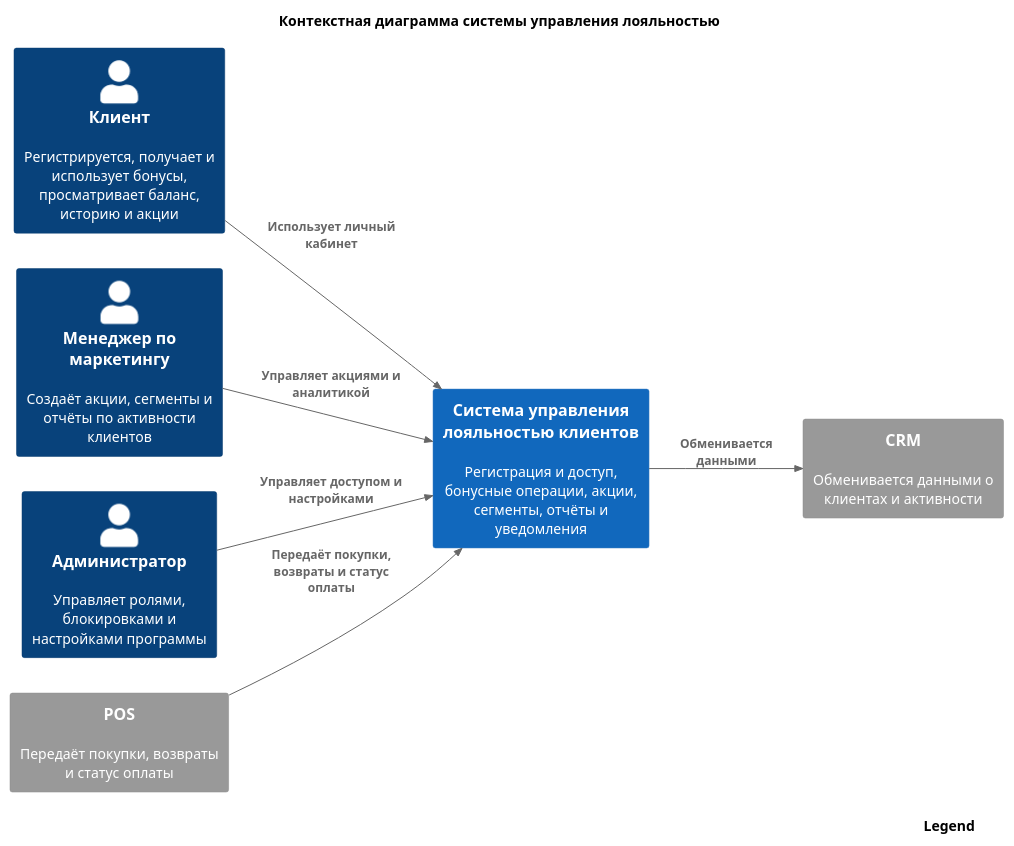
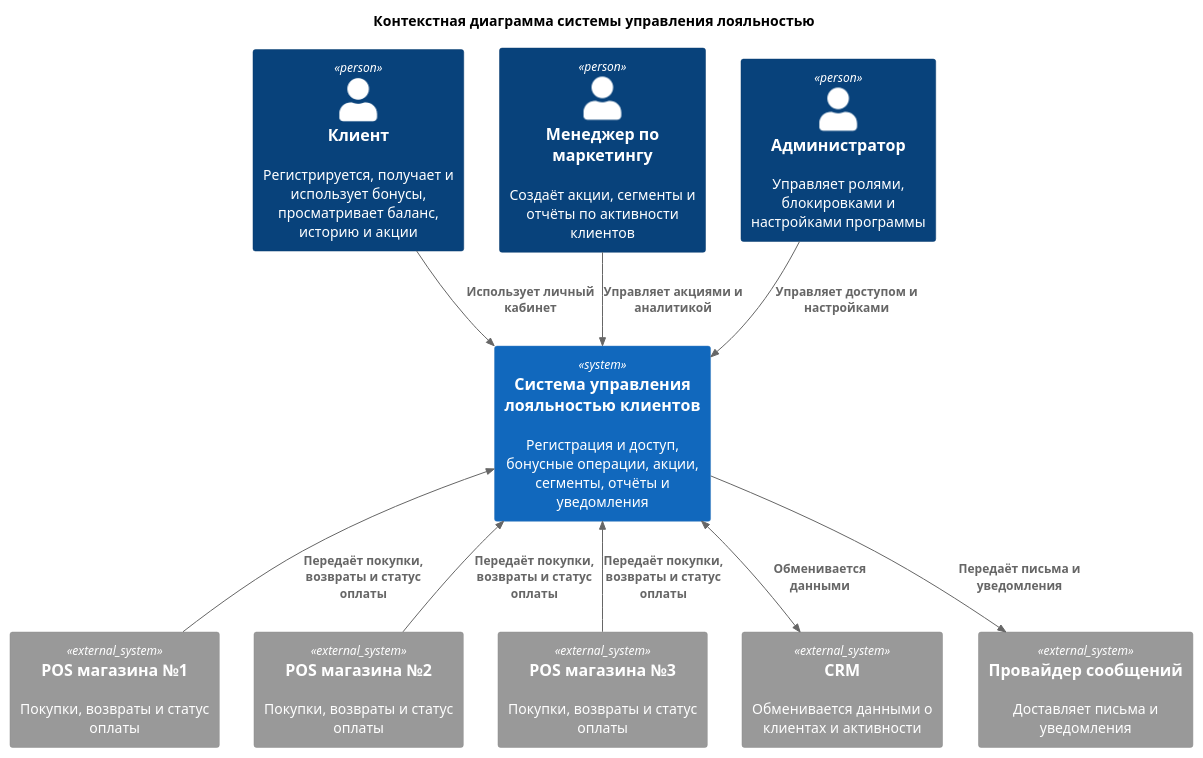
The diagram in 2. Технический проект/context.puml (Accoie/loyality-doc), drawn with PlantUML before and after one commit. The commit also changed 8 other files, not shown here.

Commit message:
правили ADR и диаграммы контекста и контейнеров

```diff
--- a/2. Технический проект/context.puml
+++ b/2. Технический проект/context.puml
@@ -1,25 +1,30 @@
 @startuml
 title Контекстная диаграмма системы управления лояльностью
 
 ' C4 Context diagram
-!includeurl https://raw.githubusercontent.com/plantuml-stdlib/C4-PlantUML/master/C4_Context.puml
+!include <C4/C4_Context>
 
-LAYOUT_LEFT_RIGHT()
-SHOW_LEGEND()
+LAYOUT_TOP_DOWN()
 
 Person(client, "Клиент", "Регистрируется, получает и использует бонусы, просматривает баланс, историю и акции")
 Person(marketing, "Менеджер по маркетингу", "Создаёт акции, сегменты и отчёты по активности клиентов")
 Person(admin, "Администратор", "Управляет ролями, блокировками и настройками программы")
 
 System(loyalty, "Система управления лояльностью клиентов", "Регистрация и доступ, бонусные операции, акции, сегменты, отчёты и уведомления")
 
-System_Ext(pos, "POS", "Передаёт покупки, возвраты и статус оплаты")
+System_Ext(pos1, "POS магазина №1", "Покупки, возвраты и статус оплаты")
+System_Ext(pos2, "POS магазина №2", "Покупки, возвраты и статус оплаты")
+System_Ext(pos3, "POS магазина №3", "Покупки, возвраты и статус оплаты")
 System_Ext(crm, "CRM", "Обменивается данными о клиентах и активности")
+System_Ext(message_provider, "Провайдер сообщений", "Доставляет письма и уведомления")
 
 Rel(client, loyalty, "Использует личный кабинет")
 Rel(marketing, loyalty, "Управляет акциями и аналитикой")
 Rel(admin, loyalty, "Управляет доступом и настройками")
 
-Rel(pos, loyalty, "Передаёт покупки, возвраты и статус оплаты")
-Rel(loyalty, crm, "Обменивается данными")
+Rel_U(pos1, loyalty, "Передаёт покупки, возвраты и статус оплаты")
+Rel_U(pos2, loyalty, "Передаёт покупки, возвраты и статус оплаты")
+Rel_U(pos3, loyalty, "Передаёт покупки, возвраты и статус оплаты")
+BiRel_D(loyalty, crm, "Обменивается данными")
+Rel_D(loyalty, message_provider, "Передаёт письма и уведомления")
 @enduml
```
